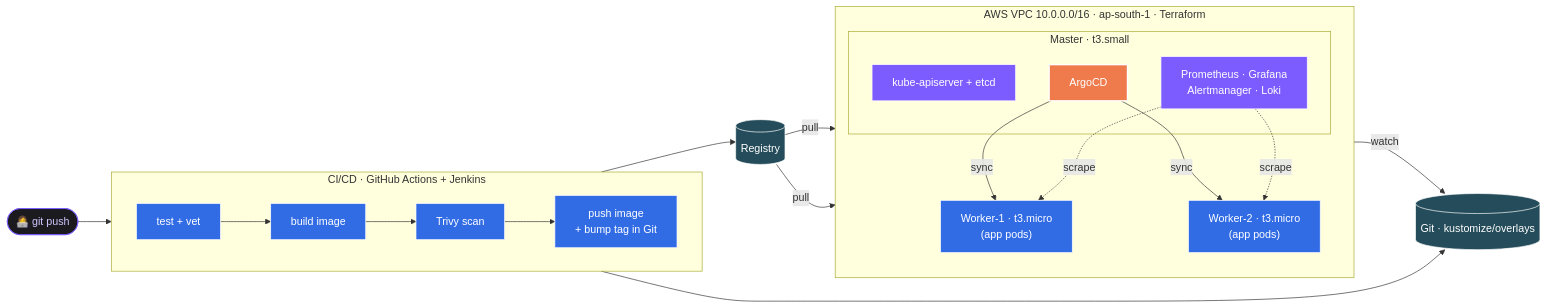
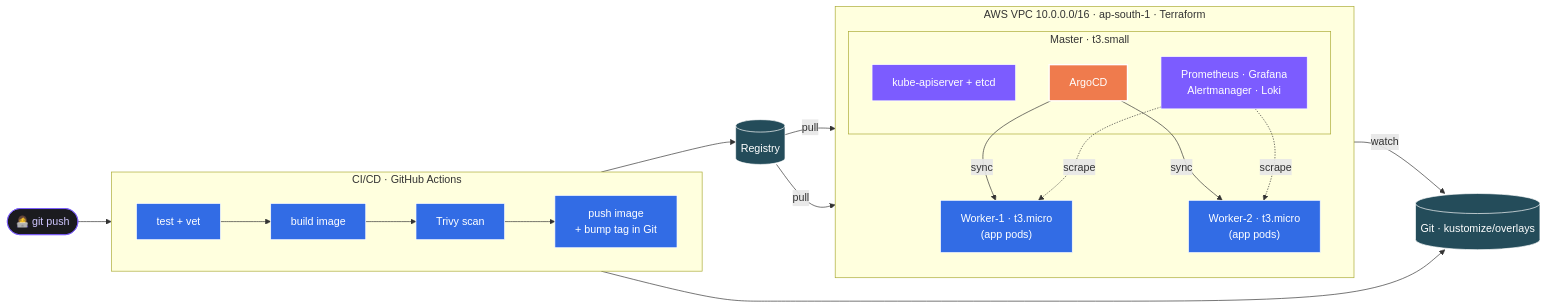
The second of 2 diagrams in README.md (grvtech1/VANTA-Boutique), drawn with Mermaid before and after one commit. The commit also changed other lines of this file and 2 other files, not shown here.

First line of the commit message:
chore(ci): drop Jenkinsfile — standardize on GitHub Actions

````diff
--- a/README.md
+++ b/README.md
@@ -146,40 +146,40 @@
 ```mermaid
 flowchart LR
     dev([👩‍💻 git push]):::ext
 
-    subgraph ci["CI/CD · GitHub Actions + Jenkins"]
+    subgraph ci["CI/CD · GitHub Actions"]
       direction LR
       test[test + vet] --> build[build image] --> scan[Trivy scan] --> ship[push image<br/>+ bump tag in Git]
     end
 
     reg[("Registry")]:::store
     gitcfg[("Git · kustomize/overlays")]:::store
 
     subgraph aws["AWS VPC 10.0.0.0/16 · ap-south-1 · Terraform"]
       direction TB
       subgraph master["Master · t3.small"]
         api["kube-apiserver + etcd"]:::edge
         argo["ArgoCD"]:::new
         obs["Prometheus · Grafana<br/>Alertmanager · Loki"]:::edge
       end
       w1["Worker-1 · t3.micro<br/>(app pods)"]:::node
       w2["Worker-2 · t3.micro<br/>(app pods)"]:::node
     end
 
     dev --> test
     ship --> reg
     ship --> gitcfg
     argo -->|watch| gitcfg
     argo -->|sync| w1
     argo -->|sync| w2
     reg -->|pull| w1
     reg -->|pull| w2
     obs -.->|scrape| w1
     obs -.->|scrape| w2
 
     classDef edge fill:#7c5cff,stroke:#fff,color:#fff;
     classDef new  fill:#ef7b4d,stroke:#fff,color:#fff,stroke-width:2px;
     classDef node fill:#326ce5,stroke:#fff,color:#fff;
     classDef store fill:#244c5a,stroke:#fff,color:#fff;
     classDef ext  fill:#1b1b1f,stroke:#7c5cff,color:#cfc6ff;
 ```
````
